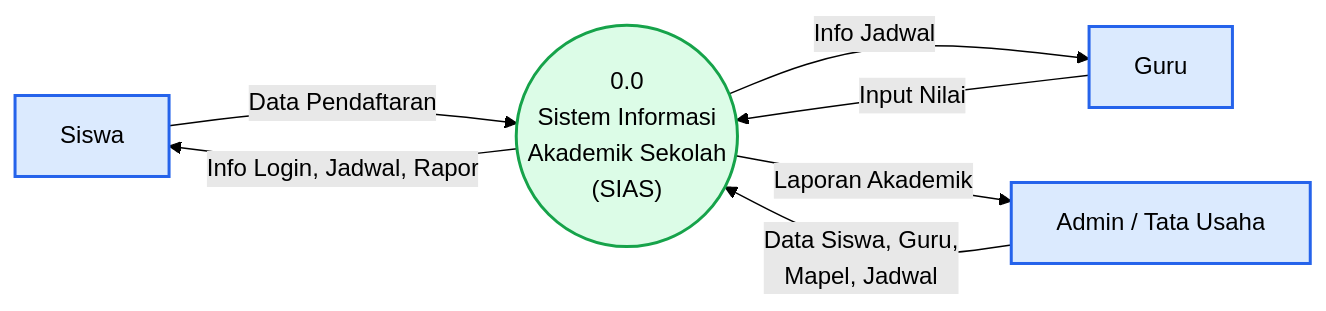
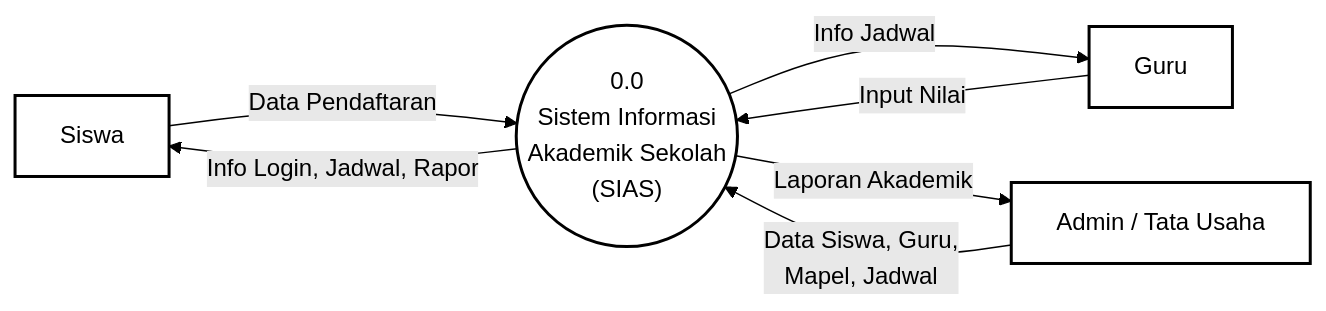
One commit to Aruh1/sias changed the diagram in mermaid/dfd_level_0.md. Above: the diagram before and after it, drawn with Mermaid (forest theme). The commit also changed other lines of this file and 15 other files, not shown here.

Commit message:
update to Yourdon/DeMarco

````diff
--- a/mermaid/dfd_level_0.md
+++ b/mermaid/dfd_level_0.md
@@ -3,26 +4,26 @@
 ```mermaid
 flowchart LR
-    %% Entitas Eksternal
+    %% Entitas Eksternal (kotak persegi)
     Siswa["Siswa"]
     Guru["Guru"]
     Admin["Admin / Tata Usaha"]
 
-    %% Proses Utama
+    %% Proses Utama (lingkaran / bubble)
     SIAS(("0.0\nSistem Informasi\nAkademik Sekolah\n(SIAS)"))
 
     %% Aliran Data
     Siswa -- "Data Pendaftaran" --> SIAS
     SIAS -- "Info Login, Jadwal, Rapor" --> Siswa
 
     Guru -- "Input Nilai" --> SIAS
     SIAS -- "Info Jadwal" --> Guru
 
     Admin -- "Data Siswa, Guru,\nMapel, Jadwal" --> SIAS
     SIAS -- "Laporan Akademik" --> Admin
 
-    %% Styling
-    style Siswa fill:#dbeafe,stroke:#2563eb,stroke-width:2px,color:#000
-    style Guru fill:#dbeafe,stroke:#2563eb,stroke-width:2px,color:#000
-    style Admin fill:#dbeafe,stroke:#2563eb,stroke-width:2px,color:#000
-    style SIAS fill:#dcfce7,stroke:#16a34a,stroke-width:2px,color:#000
+    %% Styling (hitam-putih Yourdon/DeMarco)
+    style Siswa fill:#fff,stroke:#000,stroke-width:2px,color:#000
+    style Guru fill:#fff,stroke:#000,stroke-width:2px,color:#000
+    style Admin fill:#fff,stroke:#000,stroke-width:2px,color:#000
+    style SIAS fill:#fff,stroke:#000,stroke-width:2px,color:#000
 ```
````
